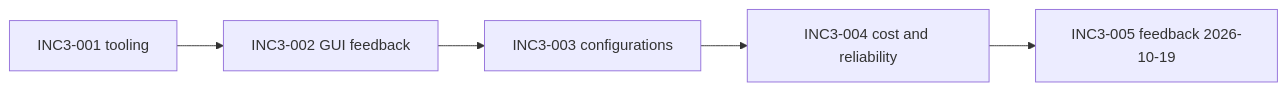
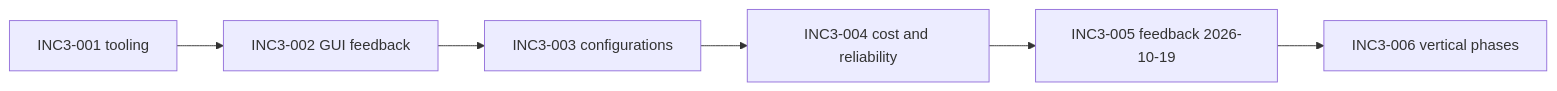
One commit to SebastienBocquet/predim-vtol changed the diagram in spdd/inc3/README.md. Above: the diagram before and after it, drawn with Mermaid. The commit also changed other lines of this file and 37 other files, not shown here.

First line of the commit message:
feat(mission): vertical phases, transition at a tilt angle, cable mass, mass recap

````diff
--- a/spdd/inc3/README.md
+++ b/spdd/inc3/README.md
@@ -71,7 +76,8 @@
 ```mermaid
 flowchart LR
   T1[INC3-001 tooling] --> A2[INC3-002 GUI feedback]
   A2 --> B3[INC3-003 configurations]
   B3 --> C4[INC3-004 cost and reliability]
   C4 --> D5[INC3-005 feedback 2026-10-19]
+  D5 --> E6[INC3-006 vertical phases]
 ```
````
